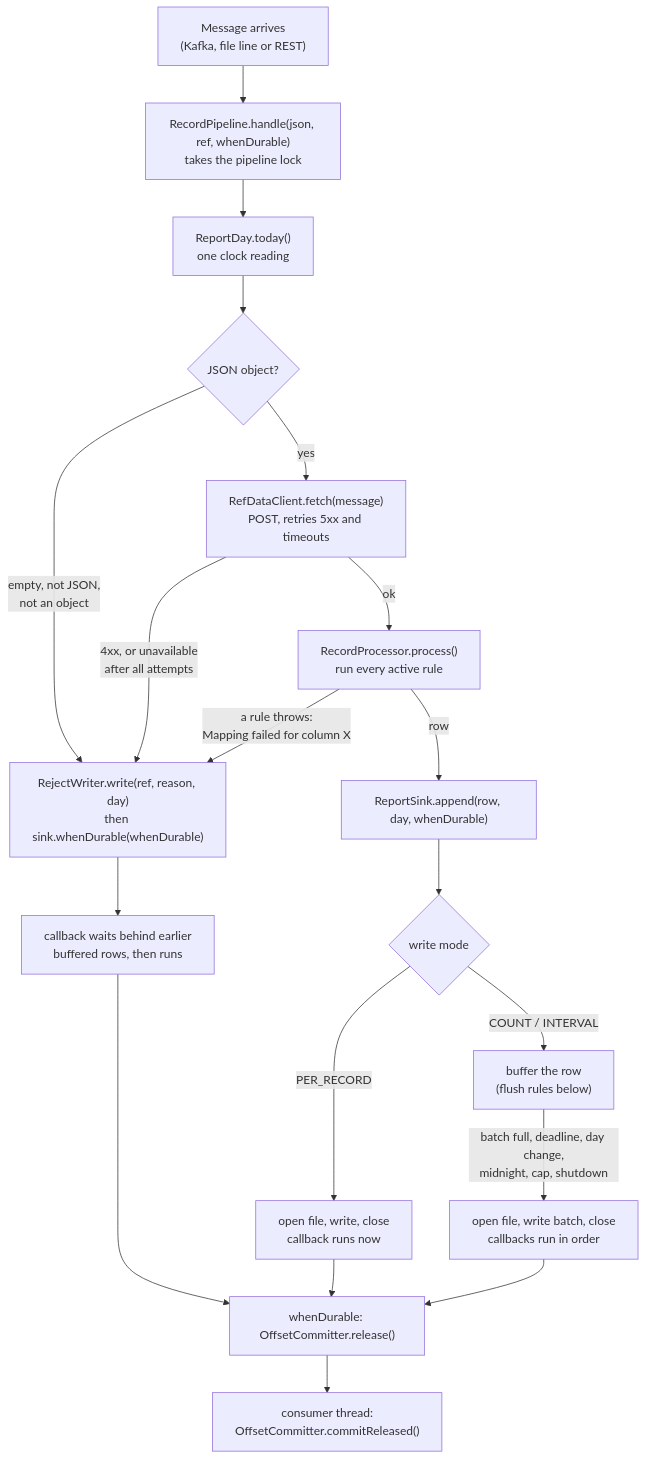
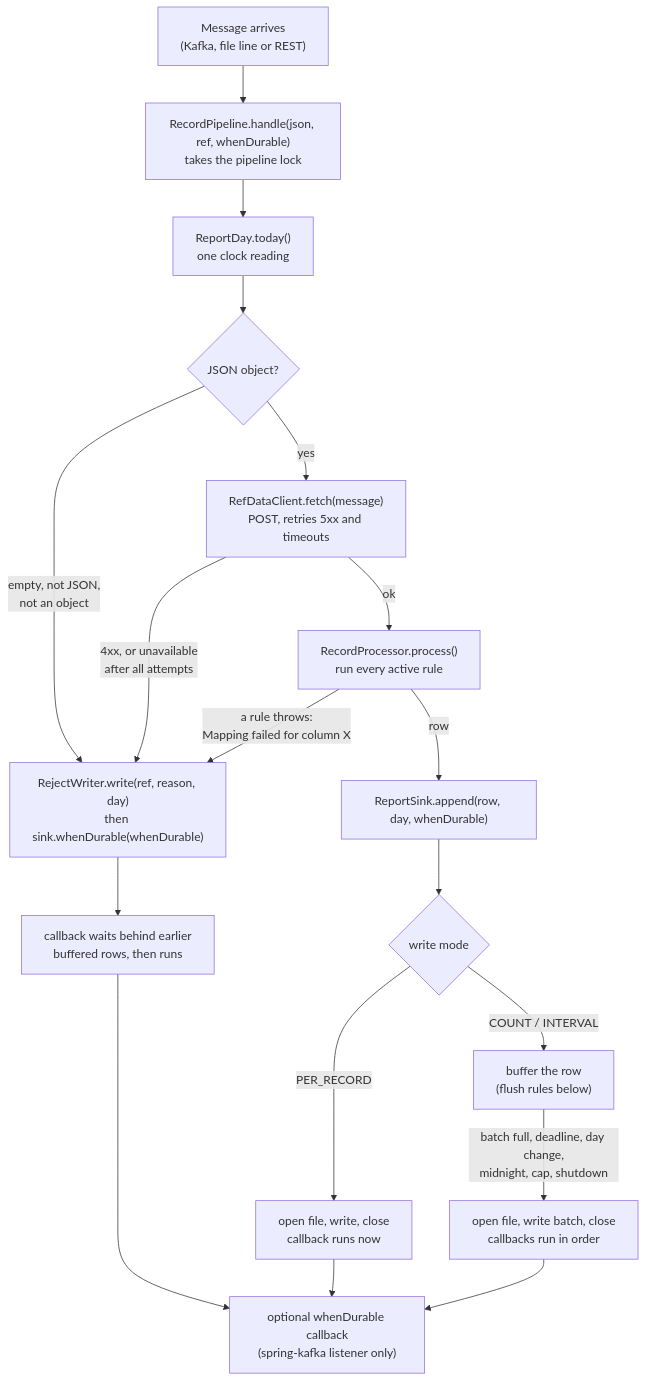
One commit to shanregs/msg-transformer changed the second of 2 diagrams in docs/code-flow-and-classes.md. Above: the diagram before and after it, drawn with Mermaid. The commit also changed other lines of this file and 14 other files, not shown here.

First line of the commit message:
Simplify the Kafka consumer: default Camel offset handling (#12)

````diff
--- a/docs/code-flow-and-classes.md
+++ b/docs/code-flow-and-classes.md
@@ -59,22 +59,21 @@
 ```mermaid
 flowchart TD
     M["Message arrives<br/>(Kafka, file line or REST)"] --> H["RecordPipeline.handle(json, ref, whenDurable)<br/>takes the pipeline lock"]
     H --> D["ReportDay.today()<br/>one clock reading"]
     D --> V{"JSON object?"}
     V -->|"empty, not JSON,<br/>not an object"| RJ
     V -->|yes| RF["RefDataClient.fetch(message)<br/>POST, retries 5xx and timeouts"]
     RF -->|"4xx, or unavailable<br/>after all attempts"| RJ
     RF -->|ok| MP["RecordProcessor.process()<br/>run every active rule"]
     MP -->|"a rule throws:<br/>Mapping failed for column X"| RJ
     MP -->|row| SK["ReportSink.append(row, day, whenDurable)"]
     RJ["RejectWriter.write(ref, reason, day)<br/>then sink.whenDurable(whenDurable)"]
     SK --> Q{"write mode"}
     Q -->|PER_RECORD| W1["open file, write, close<br/>callback runs now"]
     Q -->|"COUNT / INTERVAL"| B["buffer the row<br/>(flush rules below)"]
     B -->|"batch full, deadline, day change,<br/>midnight, cap, shutdown"| W2["open file, write batch, close<br/>callbacks run in order"]
-    W1 --> CB["whenDurable: OffsetCommitter.release()"]
+    W1 --> CB["optional whenDurable callback<br/>(spring-kafka listener only)"]
     W2 --> CB
     RJ --> CB2["callback waits behind earlier<br/>buffered rows, then runs"]
     CB2 --> CB
-    CB --> CM["consumer thread:<br/>OffsetCommitter.commitReleased()"]
 ```
````
